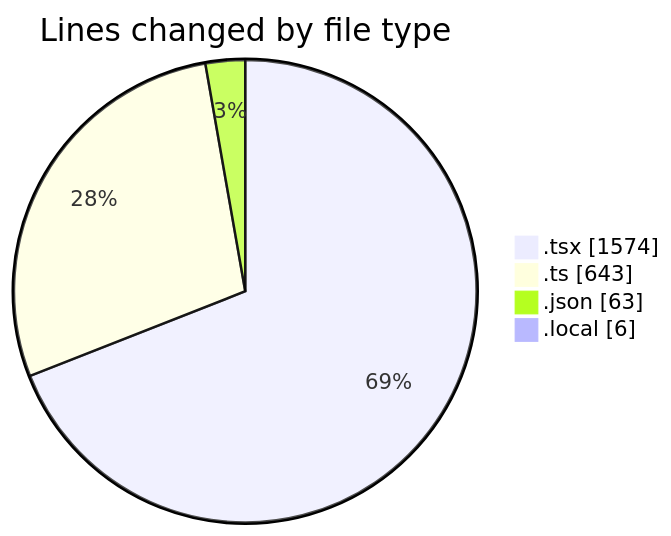
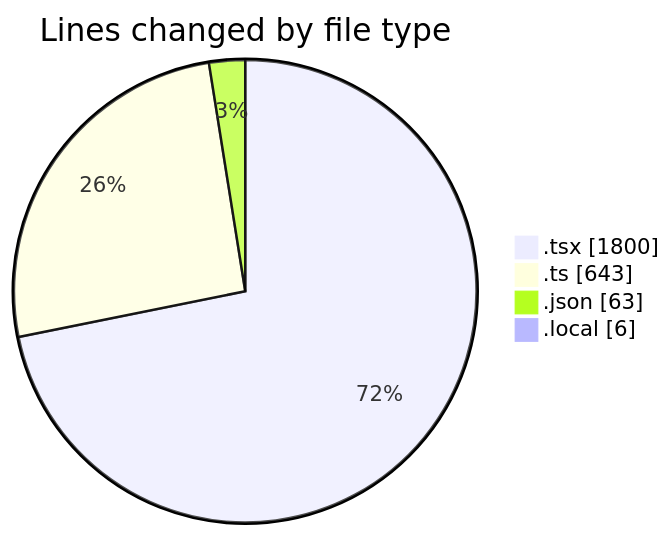
Before and after one commit to julien-gomy/code-tracking: the first of 2 diagrams in 2025-10-21/eventscop-frontend-guide__workspace_/README.md, drawn with Mermaid. The commit also changed other lines of this file and 1 other file, not shown here.

````diff
--- a/2025-10-21/eventscop-frontend-guide__workspace_/README.md
+++ b/2025-10-21/eventscop-frontend-guide__workspace_/README.md
@@ -45,8 +47,8 @@
 ```mermaid
 pie showData
 title Lines changed by file type
-".tsx" : 1574
+".tsx" : 1800
 ".ts" : 643
 ".json" : 63
 ".local" : 6
 ```
````
